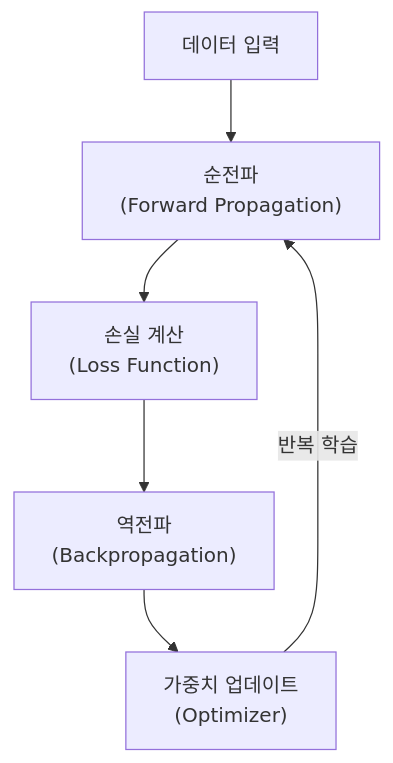
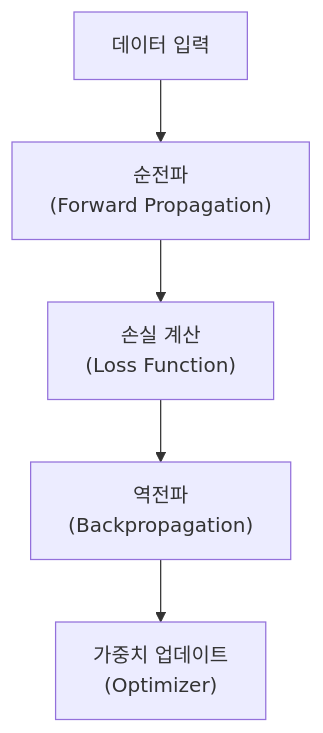
One commit to jeonck/ai-eng changed the second of 2 diagrams in docs/infrastructure/models/neural-network.md. Above: the diagram before and after it, drawn with Mermaid. The commit also changed other lines of this file and 15 other files, not shown here.

````diff
--- a/docs/infrastructure/models/neural-network.md
+++ b/docs/infrastructure/models/neural-network.md
@@ -27,8 +29,7 @@
 ```mermaid
 graph TD
-    A2["데이터 입력"] --> B2["순전파<br/>(Forward Propagation)"]
-    B2 --> C2["손실 계산<br/>(Loss Function)"]
-    C2 --> D2["역전파<br/>(Backpropagation)"]
-    D2 --> E2["가중치 업데이트<br/>(Optimizer)"]
-    E2 -- "반복 학습" --> B2
+    A2["데이터 입력"] --> B2["순전파\n(Forward Propagation)"]
+    B2 --> C2["손실 계산\n(Loss Function)"]
+    C2 --> D2["역전파\n(Backpropagation)"]
+    D2 --> E2["가중치 업데이트\n(Optimizer)"]
 ```
````
